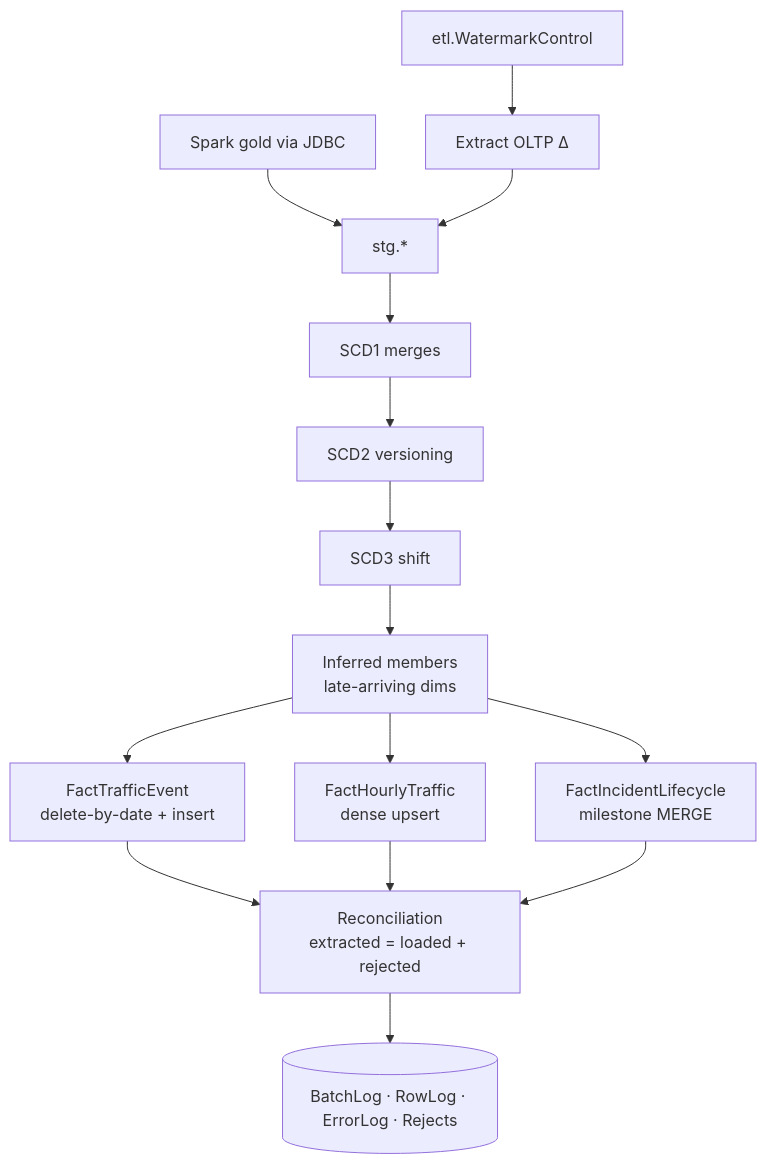
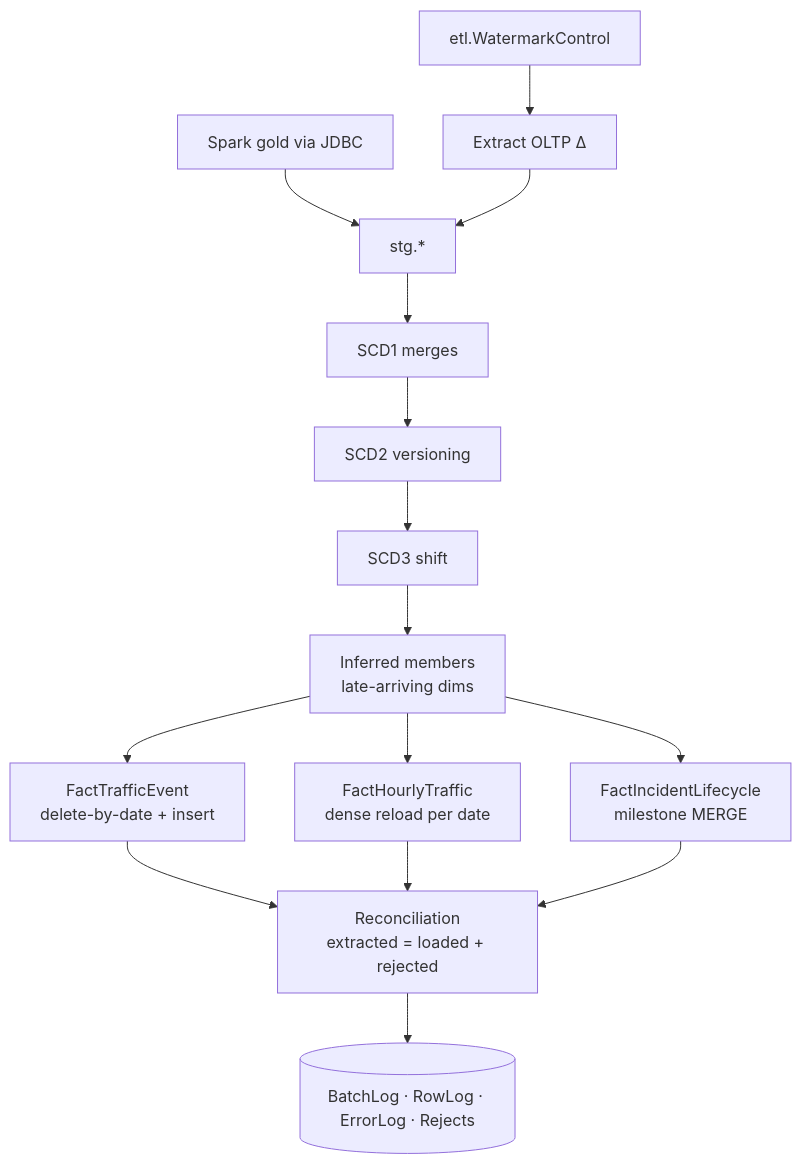
One commit to efimijacuneva/TrafficDataWarehouse changed the third of 4 diagrams in presentation/slides.md. Above: the diagram before and after it, drawn with Mermaid. The commit also changed 24 other files, not shown here.

````diff
--- a/presentation/slides.md
+++ b/presentation/slides.md
@@ -112,13 +112,13 @@
 ```mermaid
 flowchart TD
     W[etl.WatermarkControl] --> E[Extract OLTP Δ]
     F[Spark gold via JDBC] --> STG[stg.*]
     E --> STG
     STG --> D1[SCD1 merges] --> D2[SCD2 versioning] --> D3[SCD3 shift]
     D3 --> INF[Inferred members<br/>late-arriving dims]
     INF --> FT[FactTrafficEvent<br/>delete-by-date + insert]
-    INF --> FH[FactHourlyTraffic<br/>dense upsert]
+    INF --> FH[FactHourlyTraffic<br/>dense reload per date]
     INF --> FI[FactIncidentLifecycle<br/>milestone MERGE]
     FT & FH & FI --> Q[Reconciliation<br/>extracted = loaded + rejected]
     Q --> LOG[(BatchLog · RowLog · ErrorLog · Rejects)]
 ```
````
